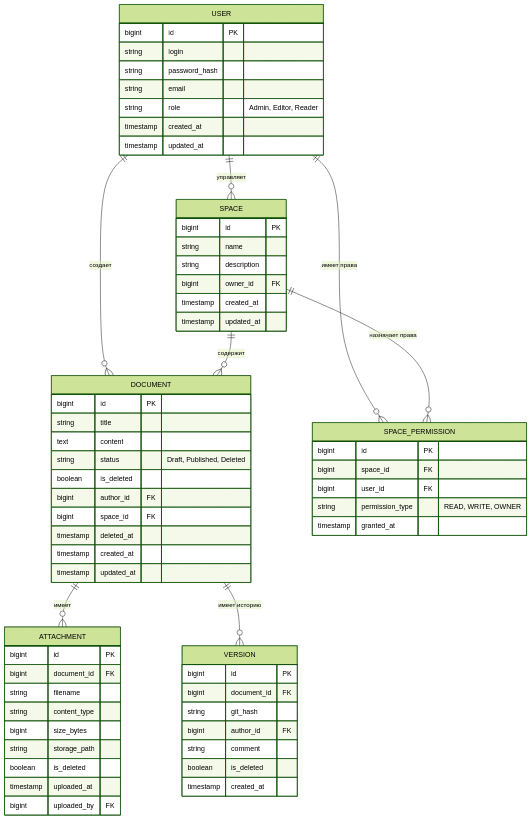
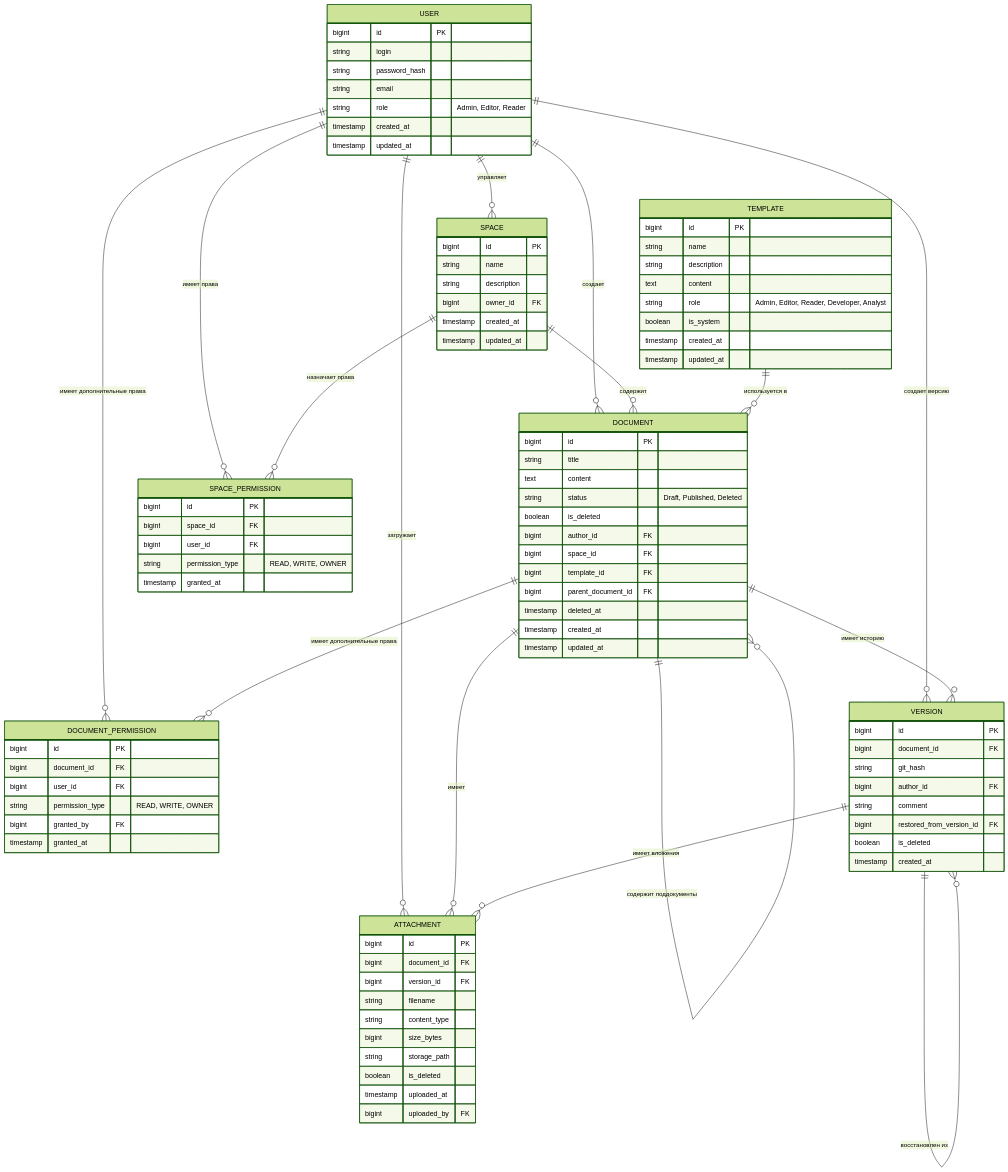
One commit to C23-501-SoftDev/Docs changed the diagram in documents/120.data-model.md. Above: the diagram before and after it, drawn with Mermaid (forest theme). The commit also changed other lines of this file and 2 other files, not shown here.

````diff
--- a/documents/120.data-model.md
+++ b/documents/120.data-model.md
@@ -7,10 +7,22 @@
     USER ||--o{ DOCUMENT : "создает"
     USER ||--o{ SPACE : "управляет"
     USER ||--o{ SPACE_PERMISSION : "имеет права"
+    USER ||--o{ DOCUMENT_PERMISSION : "имеет дополнительные права"
+    USER ||--o{ VERSION : "создает версию"
+    USER ||--o{ ATTACHMENT : "загружает"
+    
     SPACE ||--o{ SPACE_PERMISSION : "назначает права"
     SPACE ||--o{ DOCUMENT : "содержит"
+    
+    TEMPLATE ||--o{ DOCUMENT : "используется в"
+    
     DOCUMENT ||--o{ ATTACHMENT : "имеет"
     DOCUMENT ||--o{ VERSION : "имеет историю"
+    DOCUMENT ||--o{ DOCUMENT_PERMISSION : "имеет дополнительные права"
+    DOCUMENT ||--o{ DOCUMENT : "содержит поддокументы"
+    
+    VERSION ||--o{ ATTACHMENT : "имеет вложения"
+    VERSION ||--o{ VERSION : "восстановлен из"
     
     USER {
         bigint id PK
@@ -39,6 +51,17 @@
         timestamp granted_at
     }
 
+    TEMPLATE {
+        bigint id PK
+        string name
+        string description
+        text content
+        string role "Admin, Editor, Reader, Developer, Analyst"
+        boolean is_system
+        timestamp created_at
+        timestamp updated_at
+    }
+
     DOCUMENT {
         bigint id PK
         string title
@@ -47,6 +70,8 @@
         boolean is_deleted
         bigint author_id FK
         bigint space_id FK
+        bigint template_id FK
+        bigint parent_document_id FK
         timestamp deleted_at
         timestamp created_at
         timestamp updated_at
@@ -58,6 +83,7 @@
         string git_hash
         bigint author_id FK
         string comment
+        bigint restored_from_version_id FK
         boolean is_deleted
         timestamp created_at
     }
@@ -65,6 +91,7 @@
     ATTACHMENT {
         bigint id PK
         bigint document_id FK
+        bigint version_id FK
         string filename
         string content_type
         bigint size_bytes
@@ -73,4 +100,13 @@
         timestamp uploaded_at
         bigint uploaded_by FK
     }
+
+    DOCUMENT_PERMISSION {
+        bigint id PK
+        bigint document_id FK
+        bigint user_id FK
+        string permission_type "READ, WRITE, OWNER"
+        bigint granted_by FK
+        timestamp granted_at
+    }
 ```
````
